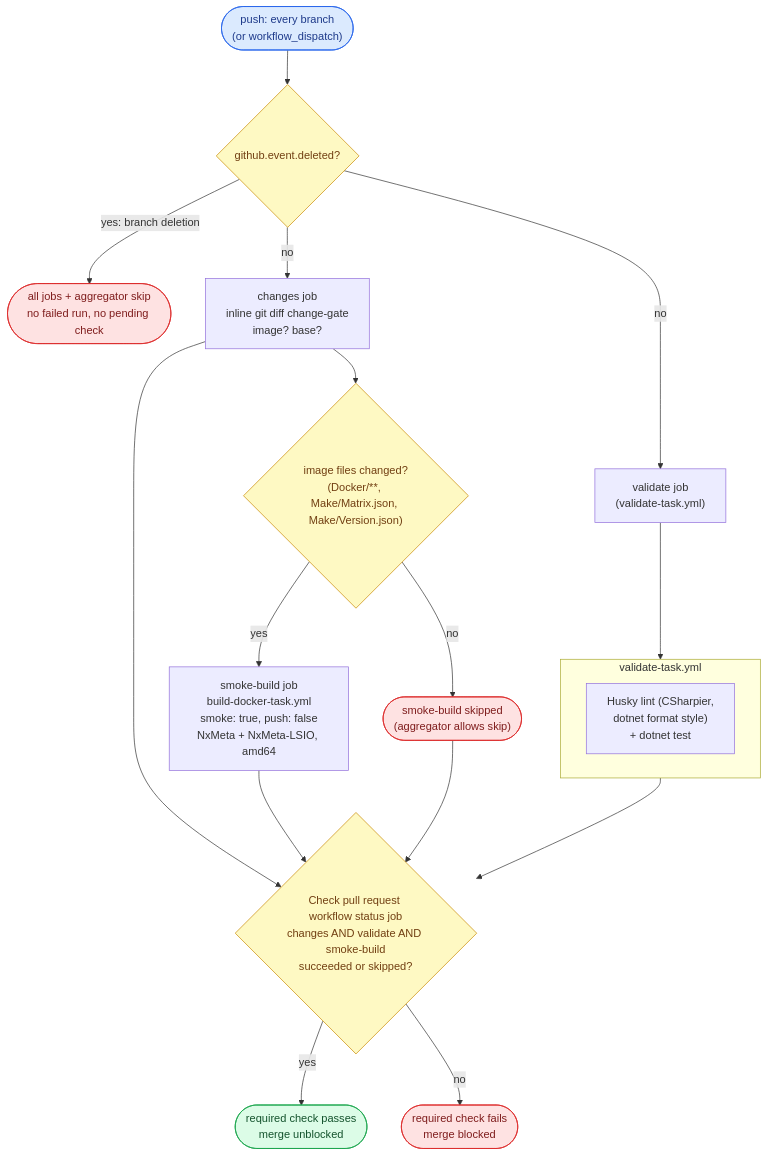
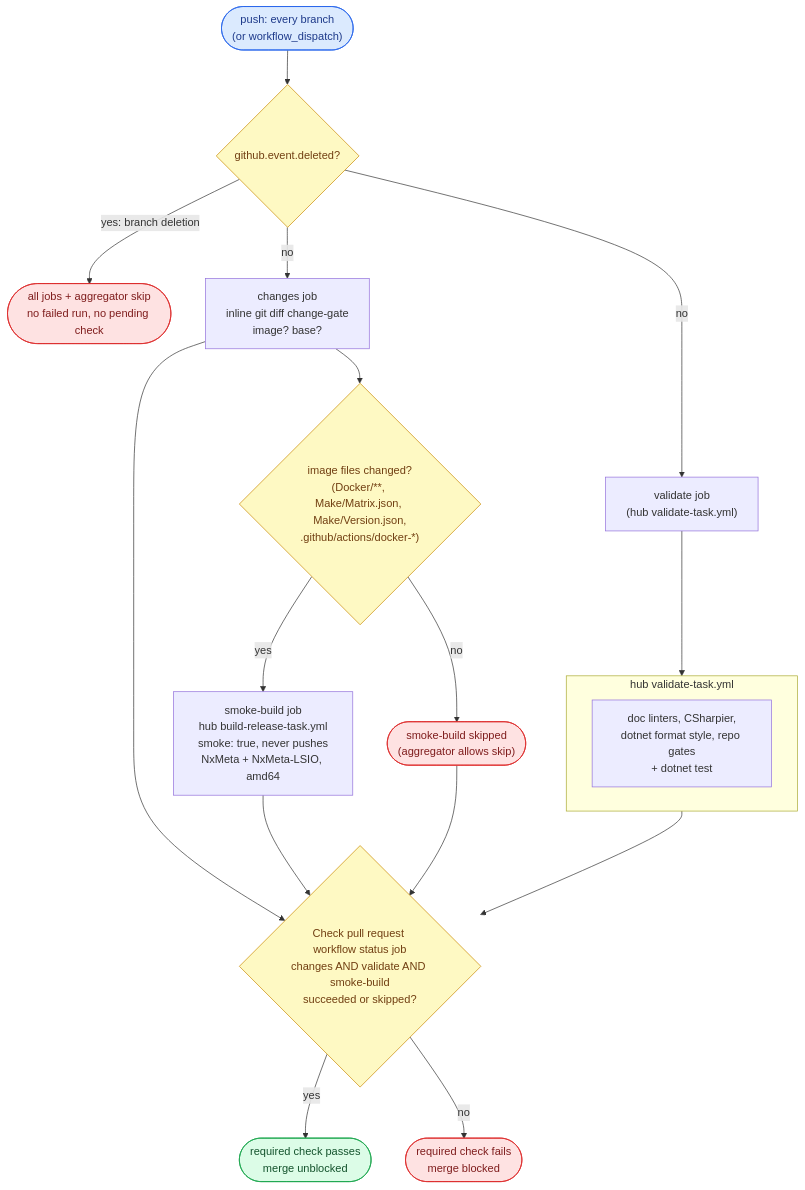
The first of 4 diagrams in WORKFLOW.md (ptr727/NxWitness), drawn with Mermaid before and after one commit. The commit also changed other lines of this file and 17 other files, not shown here.

````diff
--- a/WORKFLOW.md
+++ b/WORKFLOW.md
@@ -225,26 +245,26 @@
 ```mermaid
 flowchart TD
     T(["push: every branch<br/>(or workflow_dispatch)"]):::trig
     T --> D{"github.event.deleted?"}:::gate
     D -- "yes: branch deletion" --> X(["all jobs + aggregator skip<br/>no failed run, no pending check"]):::stop
     D -- "no" --> CH["changes job<br/>inline git diff change-gate<br/>image? base?"]
-    D -- "no" --> V["validate job<br/>(validate-task.yml)"]
-    subgraph VT ["validate-task.yml"]
-        VU["Husky lint (CSharpier,<br/>dotnet format style)<br/>+ dotnet test"]
+    D -- "no" --> V["validate job<br/>(hub validate-task.yml)"]
+    subgraph VT ["hub validate-task.yml"]
+        VU["doc linters, CSharpier,<br/>dotnet format style, repo gates<br/>+ dotnet test"]
     end
     V --> VT
-    CH --> SG{"image files changed?<br/>(Docker/**, Make/Matrix.json, Make/Version.json)"}:::gate
+    CH --> SG{"image files changed?<br/>(Docker/**, Make/Matrix.json, Make/Version.json,<br/>.github/actions/docker-*)"}:::gate
     SG -- "no" --> SS(["smoke-build skipped<br/>(aggregator allows skip)"]):::stop
-    SG -- "yes" --> S["smoke-build job<br/>build-docker-task.yml<br/>smoke: true, push: false<br/>NxMeta + NxMeta-LSIO, amd64"]
+    SG -- "yes" --> S["smoke-build job<br/>hub build-release-task.yml<br/>smoke: true, never pushes<br/>NxMeta + NxMeta-LSIO, amd64"]
     CH --> A
     VT --> A
     S --> A
     SS --> A
     A{"Check pull request workflow status job<br/>changes AND validate AND smoke-build<br/>succeeded or skipped?"}:::gate
     A -- "yes" --> G(["required check passes<br/>merge unblocked"]):::pub
     A -- "no" --> R(["required check fails<br/>merge blocked"]):::stop
     classDef trig fill:#dbeafe,stroke:#2563eb,color:#1e3a8a
     classDef gate fill:#fef9c3,stroke:#ca8a04,color:#713f12
     classDef pub fill:#dcfce7,stroke:#16a34a,color:#14532d
     classDef stop fill:#fee2e2,stroke:#dc2626,color:#7f1d1d
 ```
````
